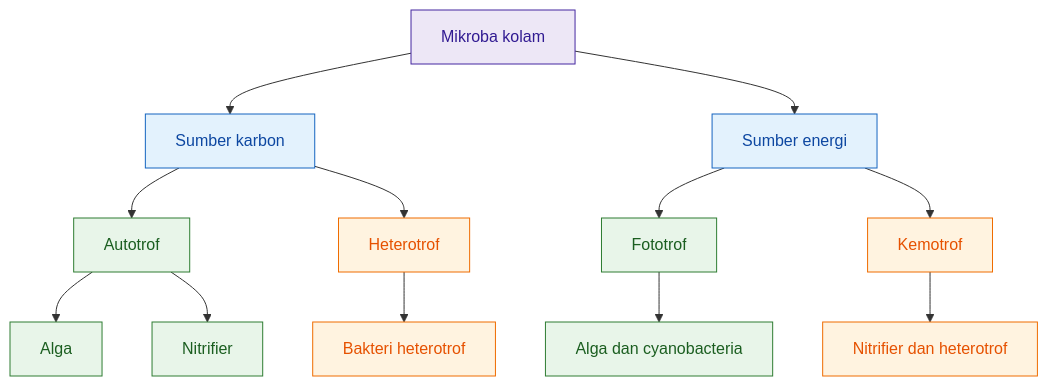
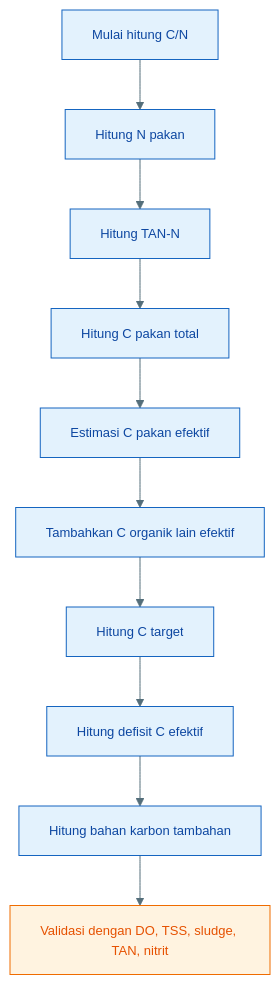
One commit to slametsampon/kawruhnology changed the third of 32 diagrams in content/blog/agri/perikanan/ratio-cn-rendah-biflok.mdx. Above: the diagram before and after it, drawn with Mermaid. The commit also changed other lines of this file, not shown here.

````diff
--- a/content/blog/agri/perikanan/ratio-cn-rendah-biflok.mdx
+++ b/content/blog/agri/perikanan/ratio-cn-rendah-biflok.mdx
@@ -512,30 +541,32 @@
-```mermaid
+```mermaid id="sop-sebelum-menambah-karbon"
+%%{init: {'theme':'base','themeVariables':{
+'primaryColor':'#E3F2FD',
+'primaryTextColor':'#0D47A1',
+'primaryBorderColor':'#1565C0',
+'secondaryColor':'#E8F5E9',
+'secondaryTextColor':'#1B5E20',
+'secondaryBorderColor':'#2E7D32',
+'tertiaryColor':'#FFF3E0',
+'tertiaryTextColor':'#E65100',
+'tertiaryBorderColor':'#EF6C00',
+'lineColor':'#546E7A',
+'fontSize':'13px'
+}}}%%
 flowchart TD
-    A["Mikroba kolam"] --> B["Sumber karbon"]
-    A --> C["Sumber energi"]
+    A["Mulai hitung C/N"] --> B["Hitung N pakan"]
+    B --> C["Hitung TAN-N"]
+    C --> D["Hitung C pakan total"]
+    D --> E["Estimasi C pakan efektif"]
+    E --> F["Tambahkan C organik lain efektif"]
+    F --> G["Hitung C target"]
+    G --> H["Hitung defisit C efektif"]
+    H --> I["Hitung bahan karbon tambahan"]
+    I --> J["Validasi dengan DO, TSS, sludge, TAN, nitrit"]
 
-    B --> D["Autotrof"]
-    B --> E["Heterotrof"]
+    classDef input fill:#E3F2FD,stroke:#1565C0,color:#0D47A1;
+    classDef hitung fill:#E8F5E9,stroke:#2E7D32,color:#1B5E20;
+    classDef validasi fill:#FFF3E0,stroke:#EF6C00,color:#E65100;
 
-    C --> F["Fototrof"]
-    C --> G["Kemotrof"]
-
-    D --> H["Alga"]
-    D --> I["Nitrifier"]
-
-    E --> J["Bakteri heterotrof"]
-
-    F --> K["Alga dan cyanobacteria"]
-    G --> L["Nitrifier dan heterotrof"]
-
-    classDef root fill:#ede7f6,stroke:#4527a0,color:#311b92;
-    classDef group fill:#e3f2fd,stroke:#1565c0,color:#0d47a1;
-    classDef auto fill:#e8f5e9,stroke:#2e7d32,color:#1b5e20;
-    classDef hetero fill:#fff3e0,stroke:#ef6c00,color:#e65100;
-    classDef note fill:#fce4ec,stroke:#ad1457,color:#880e4f;
-
-    class A root;
-    class B,C group;
-    class D,F,H,I,K auto;
-    class E,G,J,L hetero;
+    class A,B,C,D,E,F,G,H,I input;
+    class J validasi;
 ```
````
